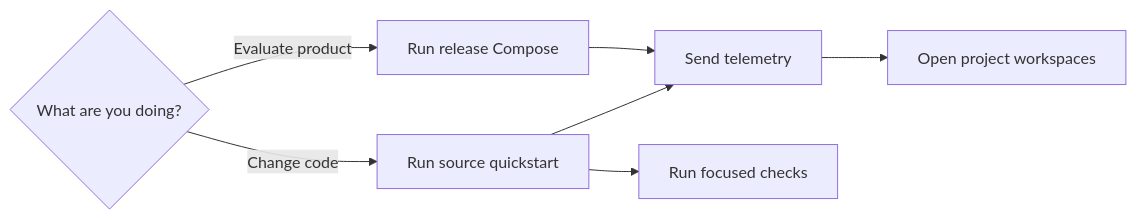
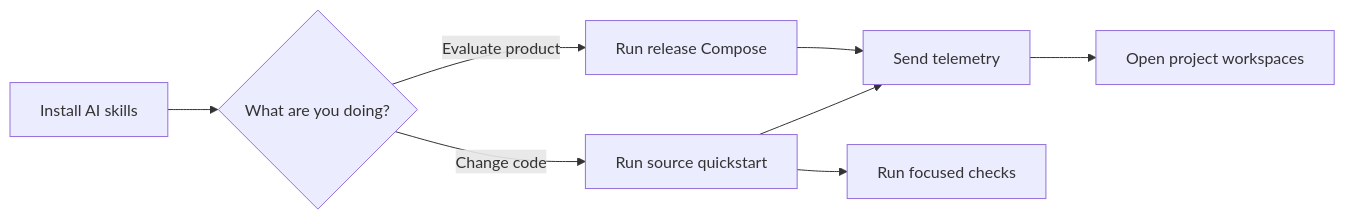
The diagram in website/src/content/handbook/getting-started/index.md (cloudgrid/cloudgrid), drawn with Mermaid before and after one commit. The commit also changed other lines of this file and 776 other files, not shown here.

````diff
--- a/website/src/content/handbook/getting-started/index.md
+++ b/website/src/content/handbook/getting-started/index.md
@@ -15,10 +19,12 @@
 ```mermaid
 flowchart LR
+  Skills["Install AI skills"]
   Choose{"What are you doing?"}
+  Skills --> Choose
   Choose -->|Evaluate product| Compose["Run release Compose"]
   Choose -->|Change code| Source["Run source quickstart"]
   Compose --> Telemetry["Send telemetry"]
   Source --> Telemetry
   Telemetry --> UI["Open project workspaces"]
   Source --> Verify["Run focused checks"]
 ```
````
